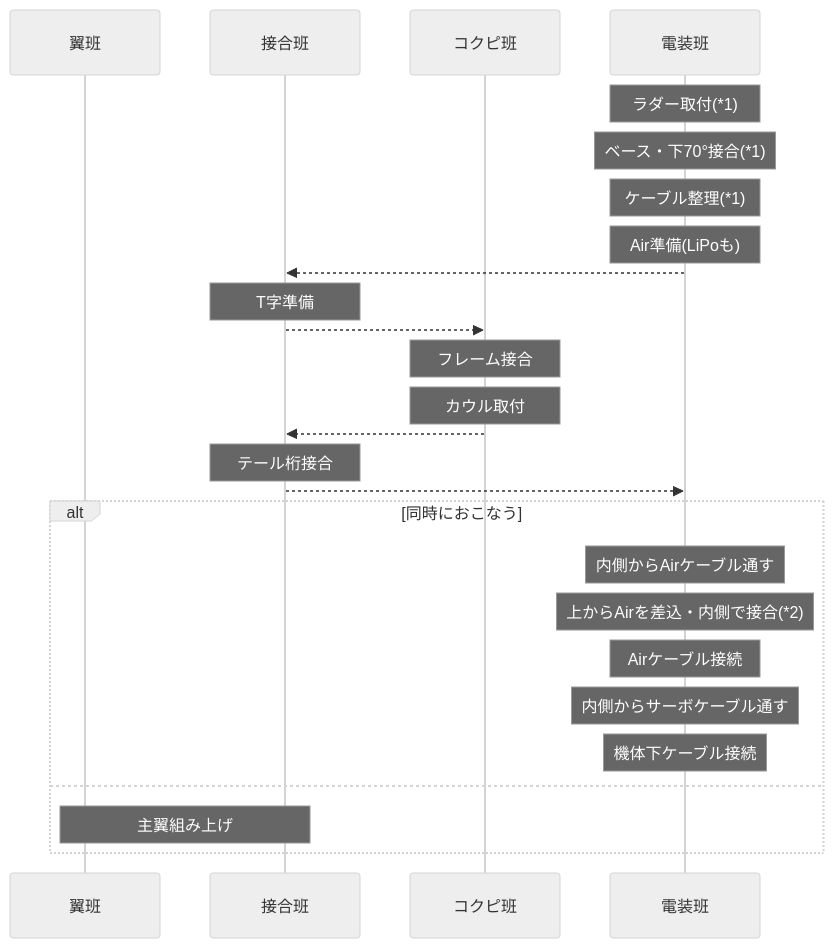
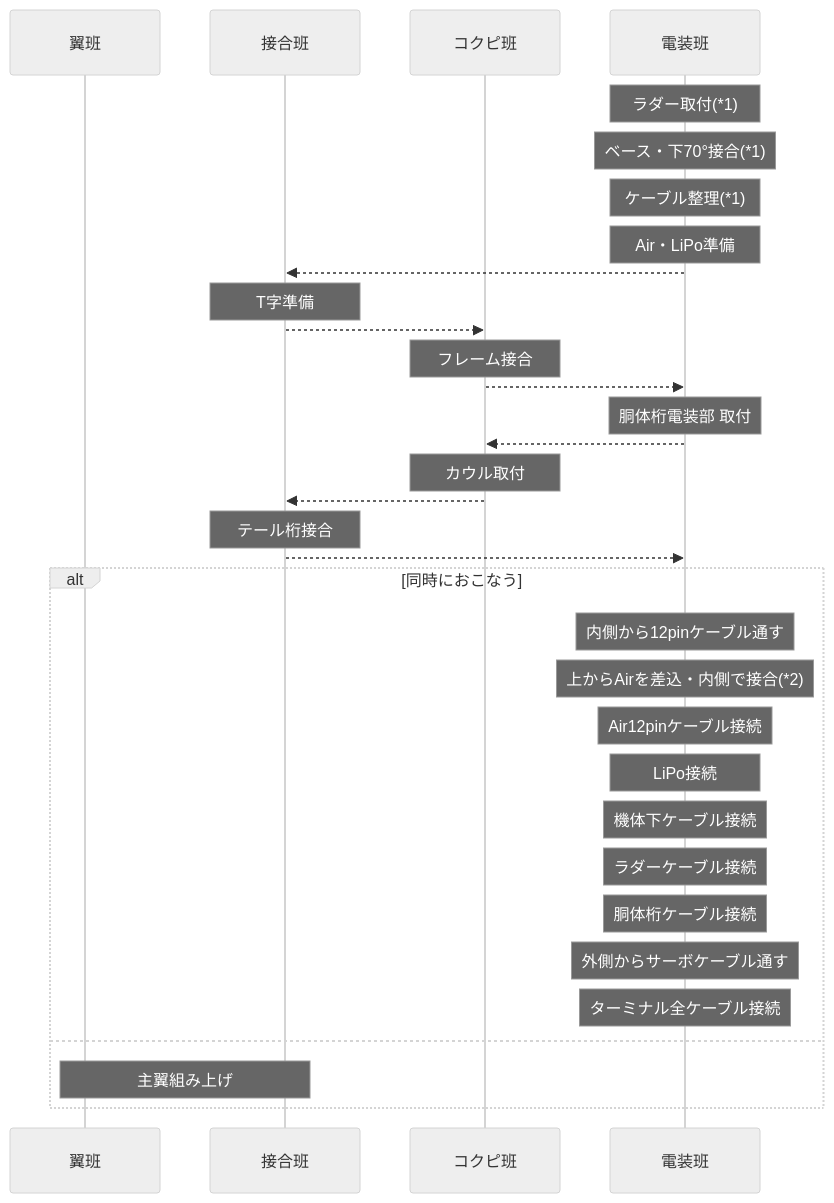
One commit to torica-org/electronics-blog changed the third of 6 diagrams in docs/works/2026-avionics.md. Above: the diagram before and after it, drawn with Mermaid (neutral theme). The commit also changed other lines of this file, not shown here.

```diff
--- a/docs/works/2026-avionics.md
+++ b/docs/works/2026-avionics.md
@@ -162,29 +163,36 @@
 <pre class="mermaid" style="background-color:white;">
 sequenceDiagram
     participant wing as 翼班
     participant assem as 接合班
     participant cockpit as コクピ班
     participant elec as 電装班
 
     Note over elec: ラダー取付(*1)
     Note over elec: ベース・下70°接合(*1)
     Note over elec: ケーブル整理(*1)
-    Note over elec: Air準備(LiPoも)
+    Note over elec: Air・LiPo準備
     elec -->> assem:
     Note over assem: T字準備
     assem -->> cockpit:
     Note over cockpit: フレーム接合
+    cockpit -->> elec:
+    Note over elec: 胴体桁電装部 取付
+    elec -->> cockpit:
     Note over cockpit: カウル取付
     cockpit -->> assem:
     Note over assem: テール桁接合
     assem -->> elec:
     alt 同時におこなう
-        Note over elec: 内側からAirケーブル通す
+        Note over elec: 内側から12pinケーブル通す
         Note over elec: 上からAirを差込・内側で接合(*2)
-        Note over elec: Airケーブル接続
-        Note over elec: 内側からサーボケーブル通す
+        Note over elec: Air12pinケーブル接続
+        Note over elec: LiPo接続
         Note over elec: 機体下ケーブル接続
+        Note over elec: ラダーケーブル接続
+        Note over elec: 胴体桁ケーブル接続
+        Note over elec: 外側からサーボケーブル通す
+        Note over elec: ターミナル全ケーブル接続
     else
         Note over wing,assem: 主翼組み上げ
     end
 </pre>
```
